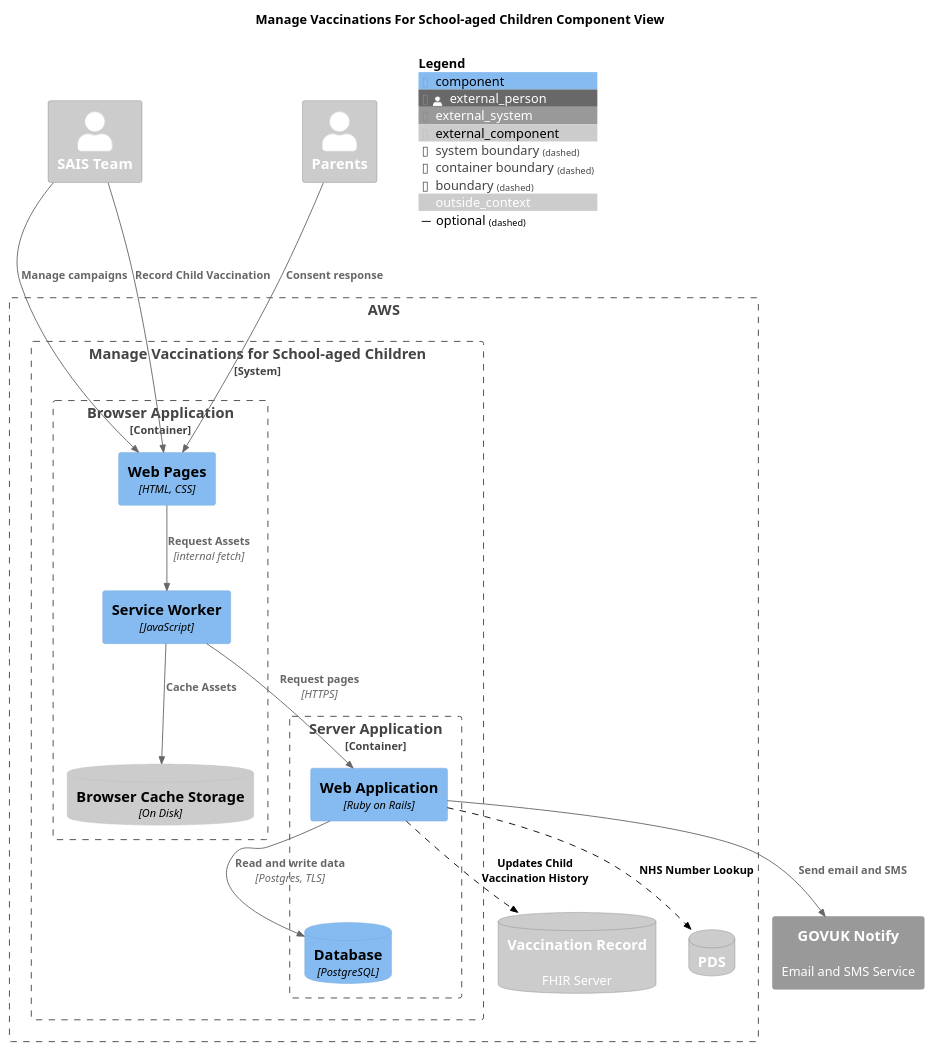
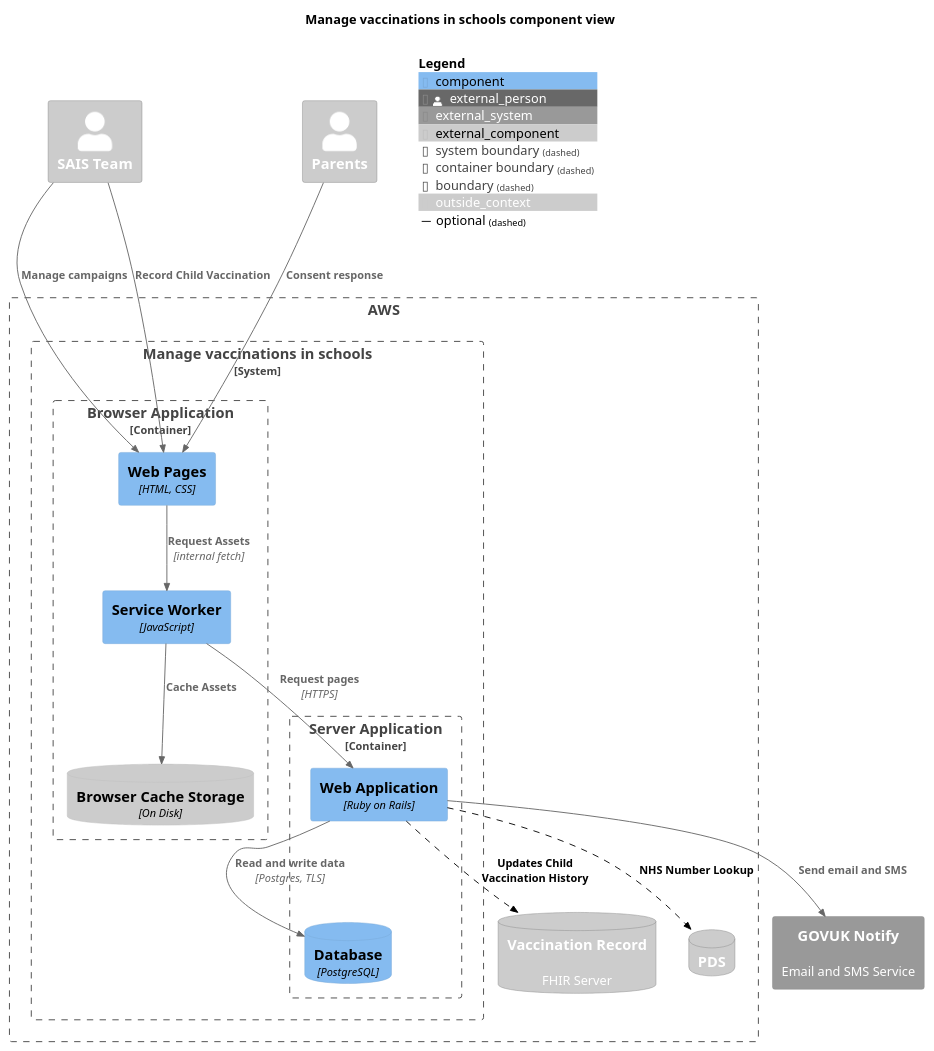
Before and after one commit to nhsuk/manage-vaccinations-in-schools: the diagram in docs/diagrams/component-view-future.puml, drawn with PlantUML. The commit also changed 20 other files, not shown here.

```diff
--- a/docs/diagrams/component-view-future.puml
+++ b/docs/diagrams/component-view-future.puml
@@ -1,51 +1,51 @@
 @startuml
 
 !include <C4/C4_Component.puml>
 
 LAYOUT_TOP_DOWN()
 
-title "Manage Vaccinations For School-aged Children Component View"
+title "Manage vaccinations in schools component view"
 
 AddElementTag("outside_context", $bgColor="#CCC", $fontColor="#FFF")
 
 Person_Ext(sais, "SAIS Team", $tags="outside_context")
 Person_Ext(parents, "Parents", $tags="outside_context")
 
 Boundary(aws, "AWS") {
-  System_Boundary(manage, "Manage Vaccinations for School-aged Children", "") {
+  System_Boundary(manage, "Manage vaccinations in schools", "") {
     Container_Boundary(browser, "Browser Application", "JavaScript") {
       Component(pages, "Web Pages", "HTML, CSS")
       Component(serviceWorker, "Service Worker", "JavaScript")
       ComponentDb_Ext(cacheStorage, "Browser Cache Storage", "On Disk")
     }
     Container_Boundary(server, "Server Application", "Ruby on Rails") {
       Component(webapp, "Web Application", "Ruby on Rails")
       ComponentDb(database, "Database", "PostgreSQL")
     }
   }
 
   SystemDb_Ext(vaccineRecord, "Vaccination Record", "FHIR Server")
   SystemDb_Ext(pds, "PDS", "")
 }
 
 System_Ext(govukNotify, "GOVUK Notify", "Email and SMS Service")
 SystemDb_Ext(vaccineRecord, "Vaccination Record", "FHIR Server", $tags="outside_context")
 SystemDb_Ext(pds, "PDS", "", $tags="outside_context")
 
 AddRelTag("optional", $textColor="black", $lineColor="black", $lineStyle="dashed")
 
 Rel(sais, pages, "Manage campaigns")
 Rel(sais, pages, "Record Child Vaccination")
 Rel(parents, pages, "Consent response")
 Rel(pages, serviceWorker, "Request Assets", "internal fetch")
 Rel(serviceWorker, cacheStorage, "Cache Assets")
 Rel(serviceWorker, webapp, "Request pages", "HTTPS")
 Rel(webapp, database, "Read and write data", "Postgres, TLS")
 Rel(webapp, govukNotify, "Send email and SMS")
 Rel(webapp, vaccineRecord, "Updates Child Vaccination History", $tags="optional")
 Rel(webapp, pds, "NHS Number Lookup", $tags="optional")
 
 
 SHOW_FLOATING_LEGEND()
 
 @enduml
```
